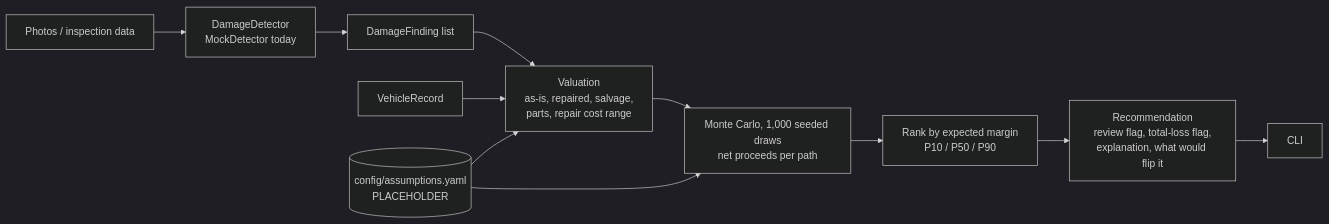
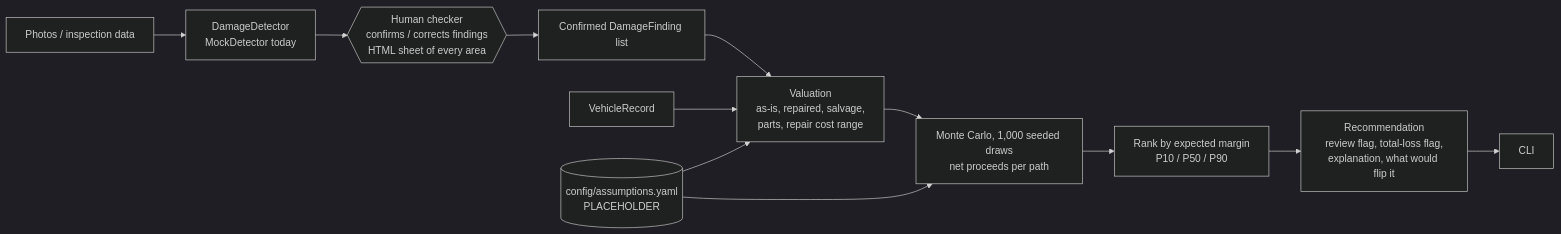
One commit to Timofey922/underscope changed the diagram in README.md. Above: the diagram before and after it, drawn with Mermaid (dark theme). The commit also changed other lines of this file and 7 other files, not shown here.

First line of the commit message:
feat: human checker confirms damage findings before the decision

````diff
--- a/README.md
+++ b/README.md
@@ -45,13 +61,14 @@
 ```mermaid
 flowchart LR
     IMG[Photos / inspection data] --> DET[DamageDetector<br/>MockDetector today]
-    DET --> F[DamageFinding list]
+    DET --> HUM{{Human checker<br/>confirms / corrects findings<br/>HTML sheet of every area}}
+    HUM --> F[Confirmed DamageFinding list]
     V[VehicleRecord] --> VAL
     F --> VAL[Valuation<br/>as-is, repaired, salvage,<br/>parts, repair cost range]
     CFG[(config/assumptions.yaml<br/>PLACEHOLDER)] --> VAL
     CFG --> SIM
     VAL --> SIM[Monte Carlo, 1,000 seeded draws<br/>net proceeds per path]
     SIM --> RANK[Rank by expected margin<br/>P10 / P50 / P90]
     RANK --> REC[Recommendation<br/>review flag, total-loss flag,<br/>explanation, what would flip it]
     REC --> CLI[CLI]
 ```
````
